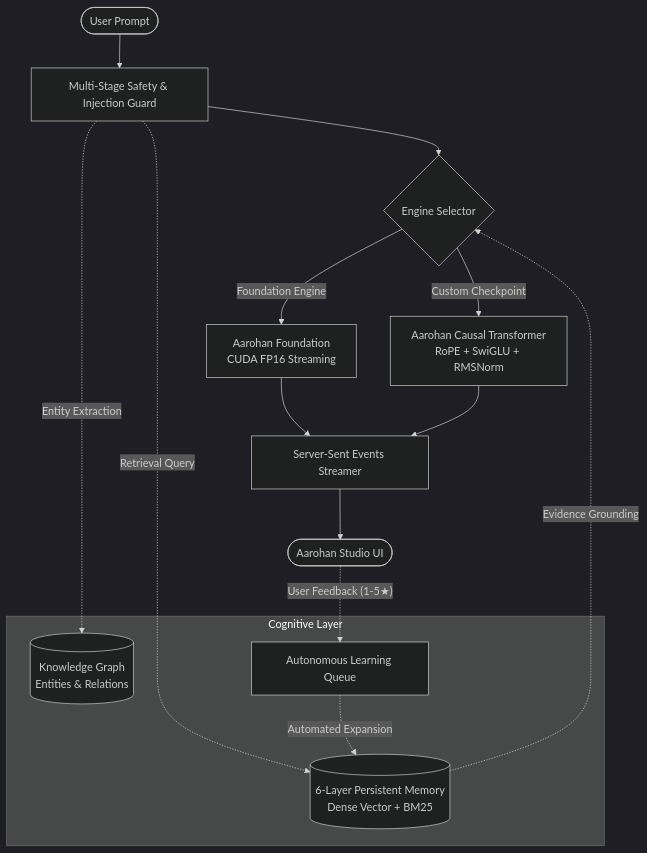
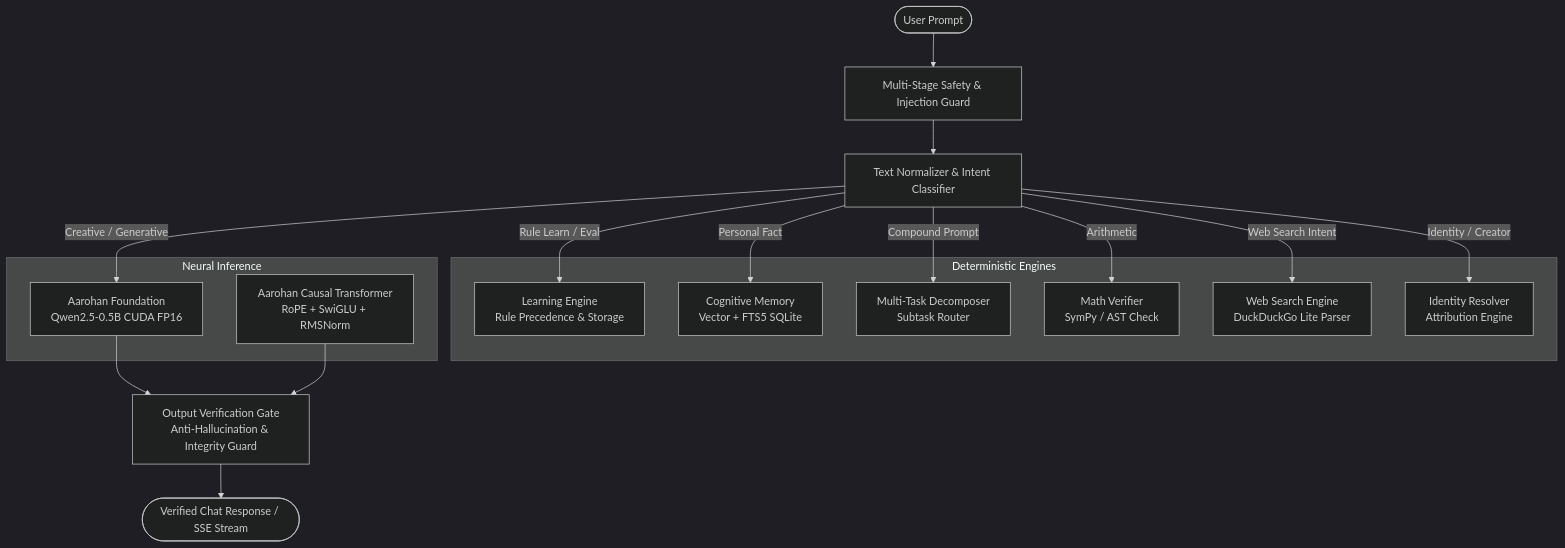
The diagram in README.md (sabledattatray/aarohan-ai), drawn with Mermaid (dark theme) before and after one commit. The commit also changed other lines of this file and 29 other files, not shown here.

First line of the commit message:
feat: complete 7-phase reliability engine, sovereign web search & premium documentation

````diff
--- a/README.md
+++ b/README.md
@@ -64,26 +113,32 @@
 ```mermaid
 flowchart TD
     User([User Prompt]) --> Safety[Multi-Stage Safety & Injection Guard]
-    Safety --> EngineRoute{Engine Selector}
+    Safety --> Normalizer[Text Normalizer & Intent Classifier]
     
-    subgraph Cognitive Layer
-        Memory[(6-Layer Persistent Memory\nDense Vector + BM25)]
-        KG[(Knowledge Graph\nEntities & Relations)]
-        Queue[Autonomous Learning Queue]
+    subgraph Deterministic Engines
+        LearnEng[Learning Engine\nRule Precedence & Storage]
+        MemEng[Cognitive Memory\nVector + FTS5 SQLite]
+        Decomp[Multi-Task Decomposer\nSubtask Router]
+        MathV[Math Verifier\nSymPy / AST Check]
+        WebS[Web Search Engine\nDuckDuckGo Lite Parser]
+        Ident[Identity Resolver\nAttribution Engine]
     end
     
-    Safety -. Retrieval Query .-> Memory
-    Safety -. Entity Extraction .-> KG
+    subgraph Neural Inference
+        Qwen[Aarohan Foundation\nQwen2.5-0.5B CUDA FP16]
+        CustomLM[Aarohan Causal Transformer\nRoPE + SwiGLU + RMSNorm]
+    end
     
-    EngineRoute -->|Foundation Engine| Qwen[Aarohan Foundation\nCUDA FP16 Streaming]
-    EngineRoute -->|Custom Checkpoint| CustomLM[Aarohan Causal Transformer\nRoPE + SwiGLU + RMSNorm]
+    Normalizer -->|Rule Learn / Eval| LearnEng
+    Normalizer -->|Personal Fact| MemEng
+    Normalizer -->|Compound Prompt| Decomp
+    Normalizer -->|Arithmetic| MathV
+    Normalizer -->|Web Search Intent| WebS
+    Normalizer -->|Identity / Creator| Ident
+    Normalizer -->|Creative / Generative| Qwen
     
-    Memory -. Evidence Grounding .-> EngineRoute
+    Qwen --> Gate[Output Verification Gate\nAnti-Hallucination & Integrity Guard]
+    CustomLM --> Gate
     
-    Qwen --> Streamer[Server-Sent Events Streamer]
-    CustomLM --> Streamer
-    Streamer --> UI([Aarohan Studio UI])
-    
-    UI -. User Feedback (1-5★) .-> Queue
-    Queue -. Automated Expansion .-> Memory
+    Gate --> Delivery([Verified Chat Response / SSE Stream])
 ```
````
